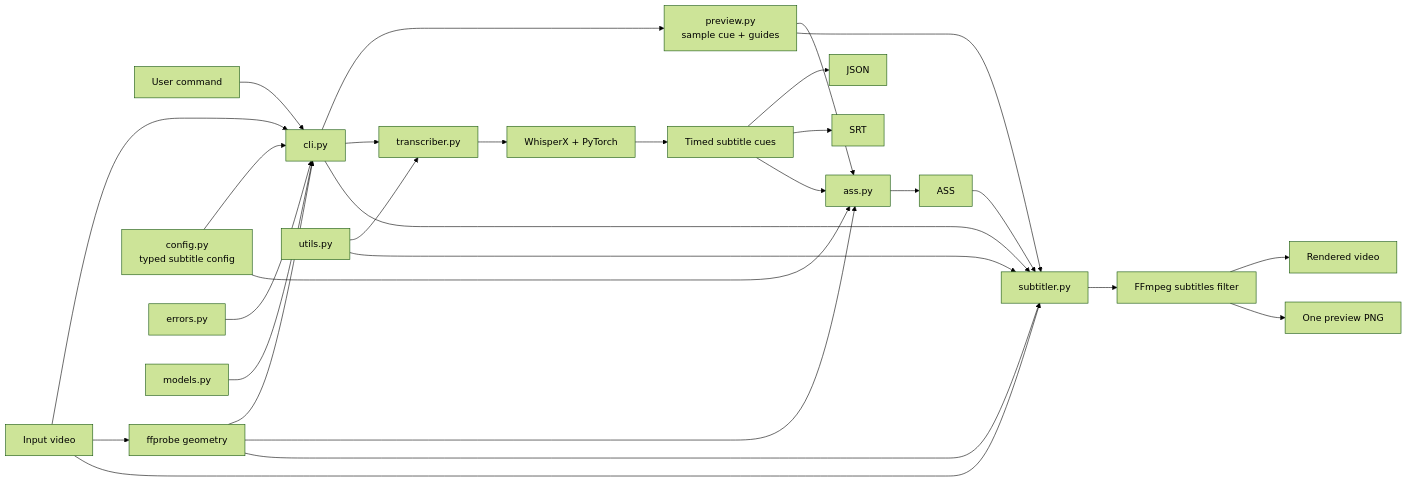
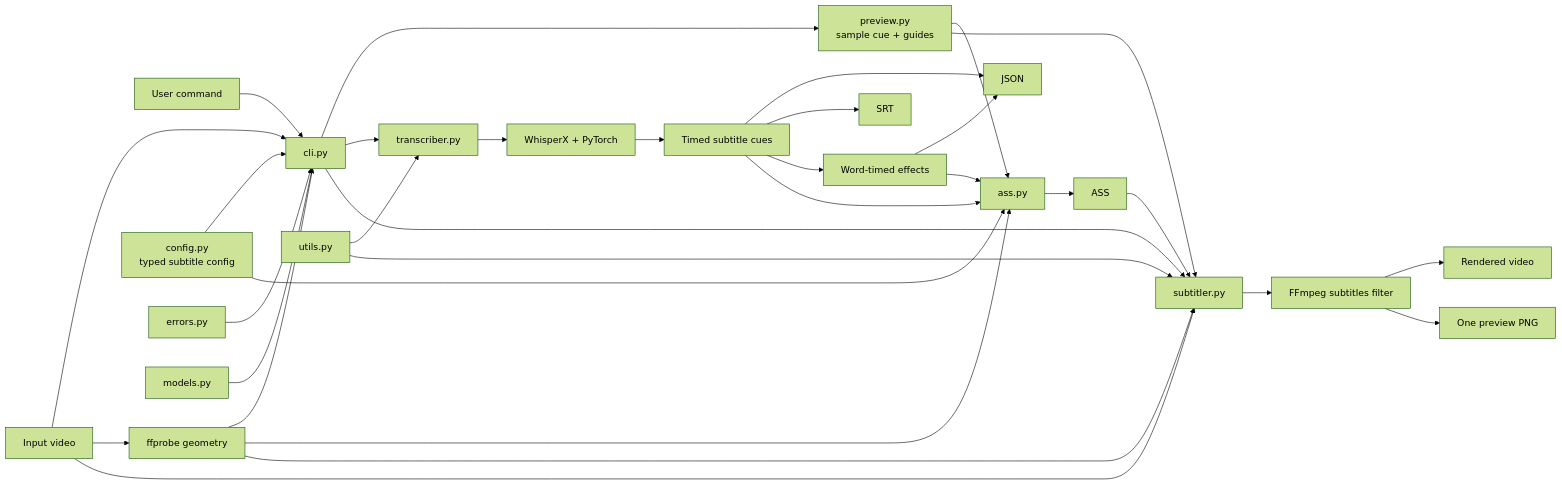
One commit to denilson-santos/multisubs changed the diagram in docs/architecture.md. Above: the diagram before and after it, drawn with Mermaid (forest theme). The commit also changed other lines of this file and 6 other files, not shown here.

Commit message:
docs: document word-timed karaoke subtitles

```diff
--- a/docs/architecture.md
+++ b/docs/architecture.md
@@ -12,31 +12,34 @@
 ~~~mermaid
 flowchart LR
     user[User command] --> cli[cli.py]
     input[Input video] --> cli
     input --> probe[ffprobe geometry]
     probe --> cli
     config[config.py<br/>typed subtitle config] --> cli
     cli --> preview[preview.py<br/>sample cue + guides]
     cli --> transcriber[transcriber.py]
     transcriber --> whisper[WhisperX + PyTorch]
     whisper --> cues[Timed subtitle cues]
     cues --> json[JSON]
     cues --> srt[SRT]
+    cues --> effects[Word-timed effects]
+    effects --> json
+    effects --> asswriter
     cues --> asswriter[ass.py]
     asswriter --> ass[ASS]
     preview --> asswriter
     config --> asswriter
     probe --> asswriter
     cli --> subtitler[subtitler.py]
     preview --> subtitler
     input --> subtitler
     ass --> subtitler
     probe --> subtitler
     subtitler --> ffmpeg[FFmpeg subtitles filter]
     ffmpeg --> video[Rendered video]
     ffmpeg --> png[One preview PNG]
     utils[utils.py] --> transcriber
     utils --> subtitler
     errors[errors.py] --> cli
     models[models.py] --> cli
 ~~~
```
